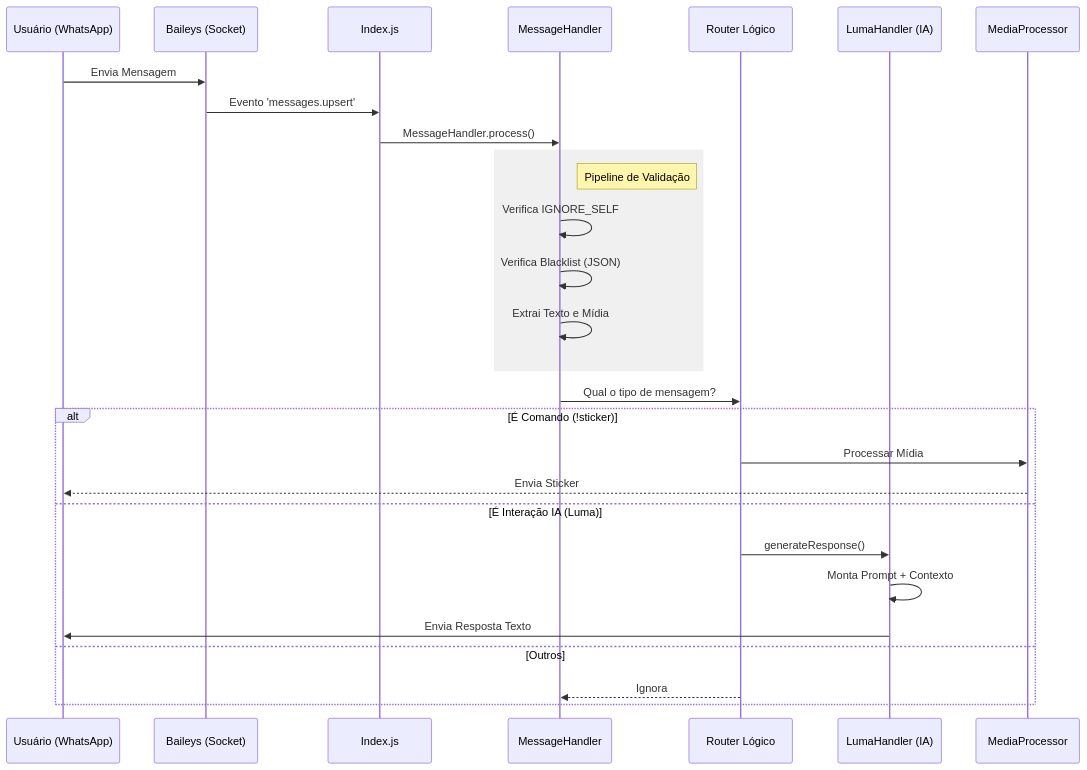
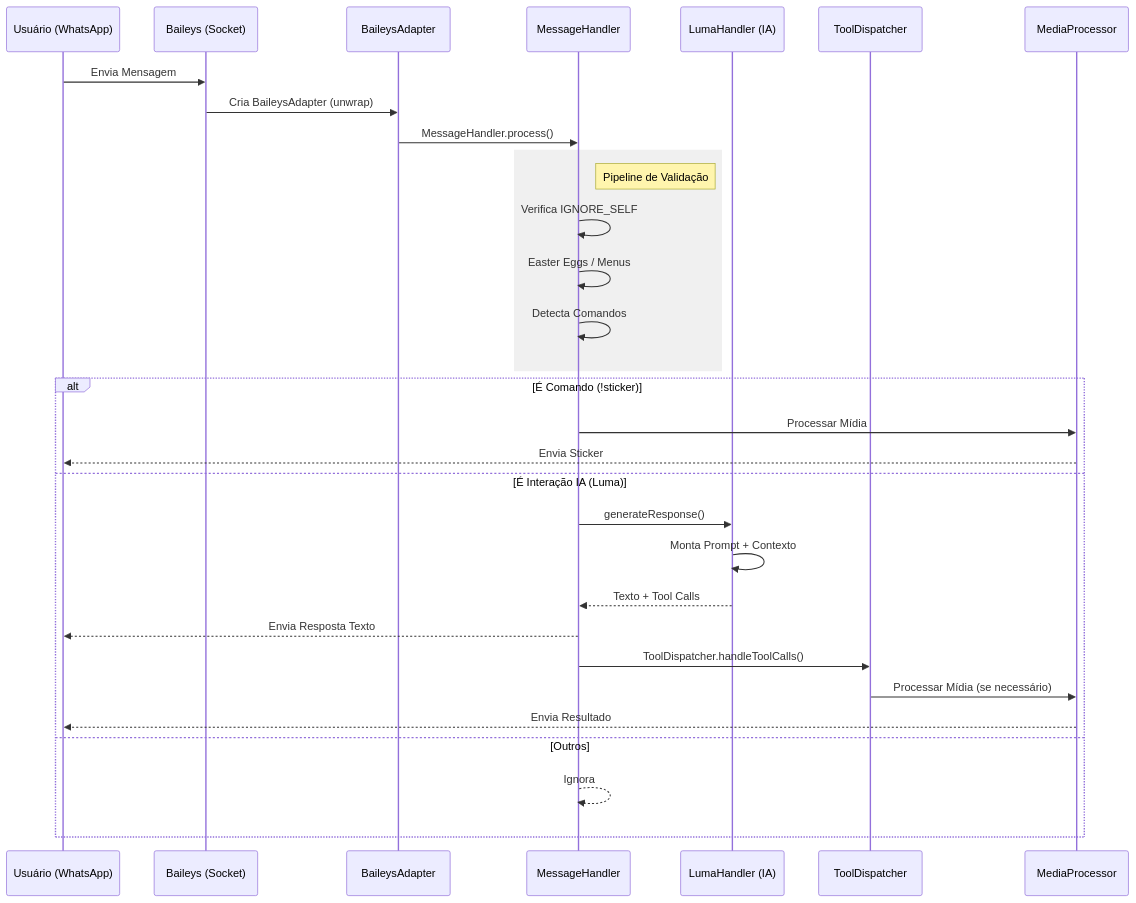
The diagram in docs/01-Arquitetura.md (murillous/usebridger), drawn with Mermaid before and after one commit. The commit also changed other lines of this file and 14 other files, not shown here.

````diff
--- a/docs/01-Arquitetura.md
+++ b/docs/01-Arquitetura.md
@@ -9,34 +9,36 @@
 ```mermaid
 sequenceDiagram
     participant User as Usuário (WhatsApp)
     participant Baileys as Baileys (Socket)
-    participant Index as Index.js
+    participant Adapter as BaileysAdapter
     participant Handler as MessageHandler
-    participant Router as Router Lógico
     participant Luma as LumaHandler (IA)
+    participant Tools as ToolDispatcher
     participant Media as MediaProcessor
 
     User->>Baileys: Envia Mensagem
-    Baileys->>Index: Evento 'messages.upsert'
-    Index->>Handler: MessageHandler.process()
+    Baileys->>Adapter: Cria BaileysAdapter (unwrap)
+    Adapter->>Handler: MessageHandler.process()
     
     rect rgb(240, 240, 240)
         note right of Handler: Pipeline de Validação
         Handler->>Handler: Verifica IGNORE_SELF
-        Handler->>Handler: Verifica Blacklist (JSON)
-        Handler->>Handler: Extrai Texto e Mídia
+        Handler->>Handler: Easter Eggs / Menus
+        Handler->>Handler: Detecta Comandos
     end
 
-    Handler->>Router: Qual o tipo de mensagem?
-    
     alt É Comando (!sticker)
-        Router->>Media: Processar Mídia
+        Handler->>Media: Processar Mídia
         Media-->>User: Envia Sticker
     else É Interação IA (Luma)
-        Router->>Luma: generateResponse()
+        Handler->>Luma: generateResponse()
         Luma->>Luma: Monta Prompt + Contexto
-        Luma->>User: Envia Resposta Texto
+        Luma-->>Handler: Texto + Tool Calls
+        Handler-->>User: Envia Resposta Texto
+        Handler->>Tools: ToolDispatcher.handleToolCalls()
+        Tools->>Media: Processar Mídia (se necessário)
+        Media-->>User: Envia Resultado
     else Outros
-        Router-->>Handler: Ignora
+        Handler-->>Handler: Ignora
     end
 ```
````
